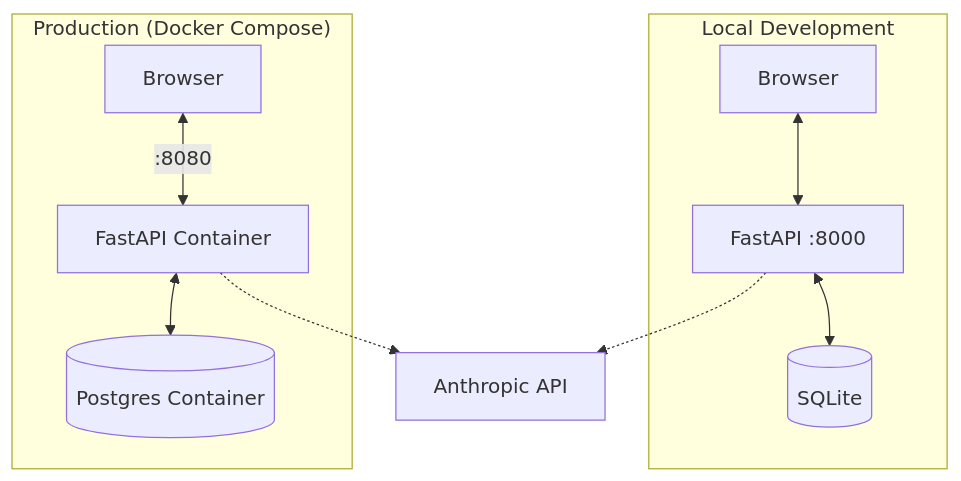
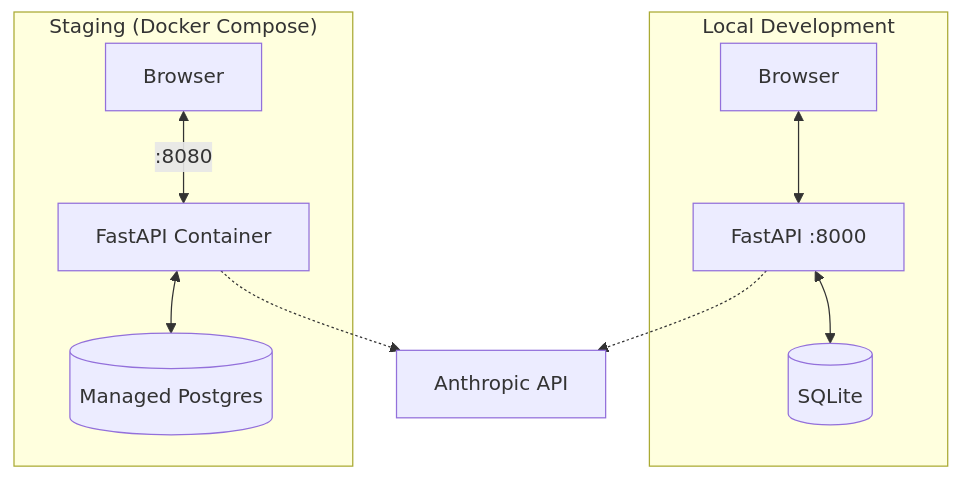
The diagram in README.md (johnwesley/dungeon_minus_one), drawn with Mermaid before and after one commit. The commit also changed other lines of this file and 2 other files, not shown here.

First line of the commit message:
docs: update references from prod to staging deployment

````diff
--- a/README.md
+++ b/README.md
@@ -7,15 +7,15 @@
 ```mermaid
 flowchart TB
     subgraph Local["Local Development"]
         L_Browser[Browser] <--> L_App[FastAPI :8000]
         L_App <--> L_DB[(SQLite)]
     end
 
-    subgraph Prod["Production (Docker Compose)"]
-        P_Browser[Browser] <-->|:8080| P_App[FastAPI Container]
-        P_App <--> P_DB[(Postgres Container)]
+    subgraph Staging["Staging (Docker Compose)"]
+        S_Browser[Browser] <-->|:8080| S_App[FastAPI Container]
+        S_App <--> S_DB[(Managed Postgres)]
     end
 
     L_App -.-> Claude[Anthropic API]
-    P_App -.-> Claude
+    S_App -.-> Claude
 ```
````
